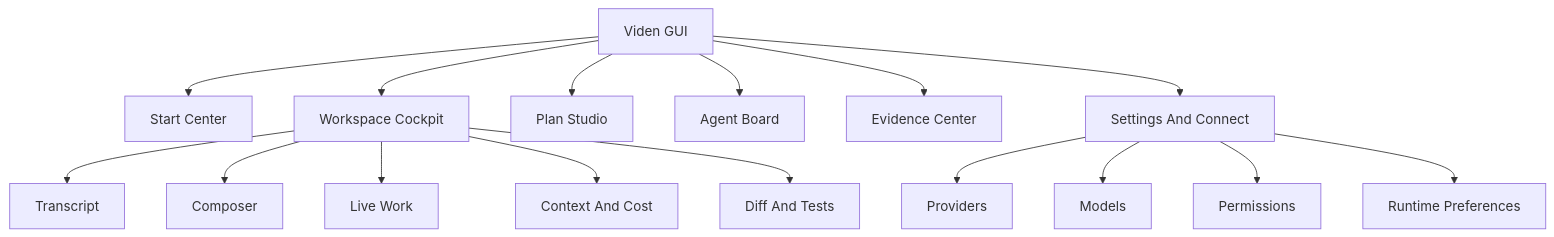
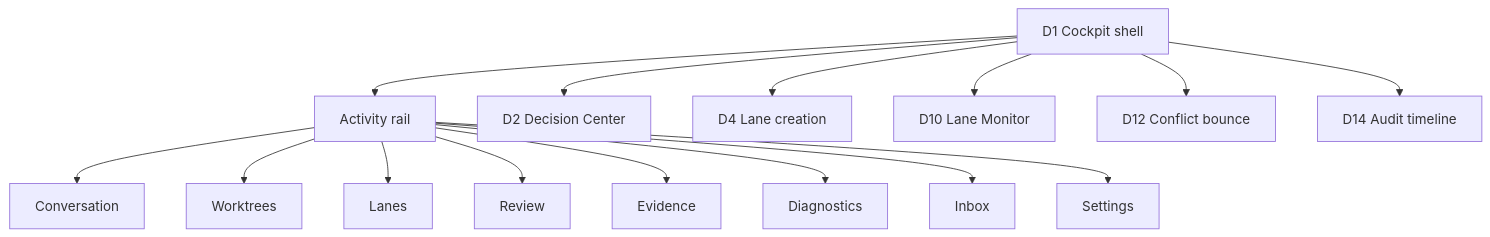
Before and after one commit to wikieden/robocode: the first of 6 diagrams in docs/gui-version-functional-design.md, drawn with Mermaid. The commit also changed other lines of this file and 18 other files, not shown here.

````diff
--- a/docs/gui-version-functional-design.md
+++ b/docs/gui-version-functional-design.md
@@ -87,20 +90,17 @@
 ```mermaid
 flowchart TD
-    A["Viden GUI"] --> B["Start Center"]
-    A --> C["Workspace Cockpit"]
-    A --> D["Plan Studio"]
-    A --> E["Agent Board"]
-    A --> F["Evidence Center"]
-    A --> G["Settings And Connect"]
-
-    C --> H["Transcript"]
-    C --> I["Composer"]
-    C --> J["Live Work"]
-    C --> K["Context And Cost"]
-    C --> L["Diff And Tests"]
-
-    G --> M["Providers"]
-    G --> N["Models"]
-    G --> O["Permissions"]
-    G --> P["Runtime Preferences"]
+    A["D1 Cockpit shell"] --> B["Activity rail"]
+    B --> C["Conversation"]
+    B --> D["Worktrees"]
+    B --> E["Lanes"]
+    B --> F["Review"]
+    B --> G["Evidence"]
+    B --> H["Diagnostics"]
+    B --> I["Inbox"]
+    B --> J["Settings"]
+    A --> K["D2 Decision Center"]
+    A --> L["D4 Lane creation"]
+    A --> M["D10 Lane Monitor"]
+    A --> N["D12 Conflict bounce"]
+    A --> O["D14 Audit timeline"]
 ```
````
